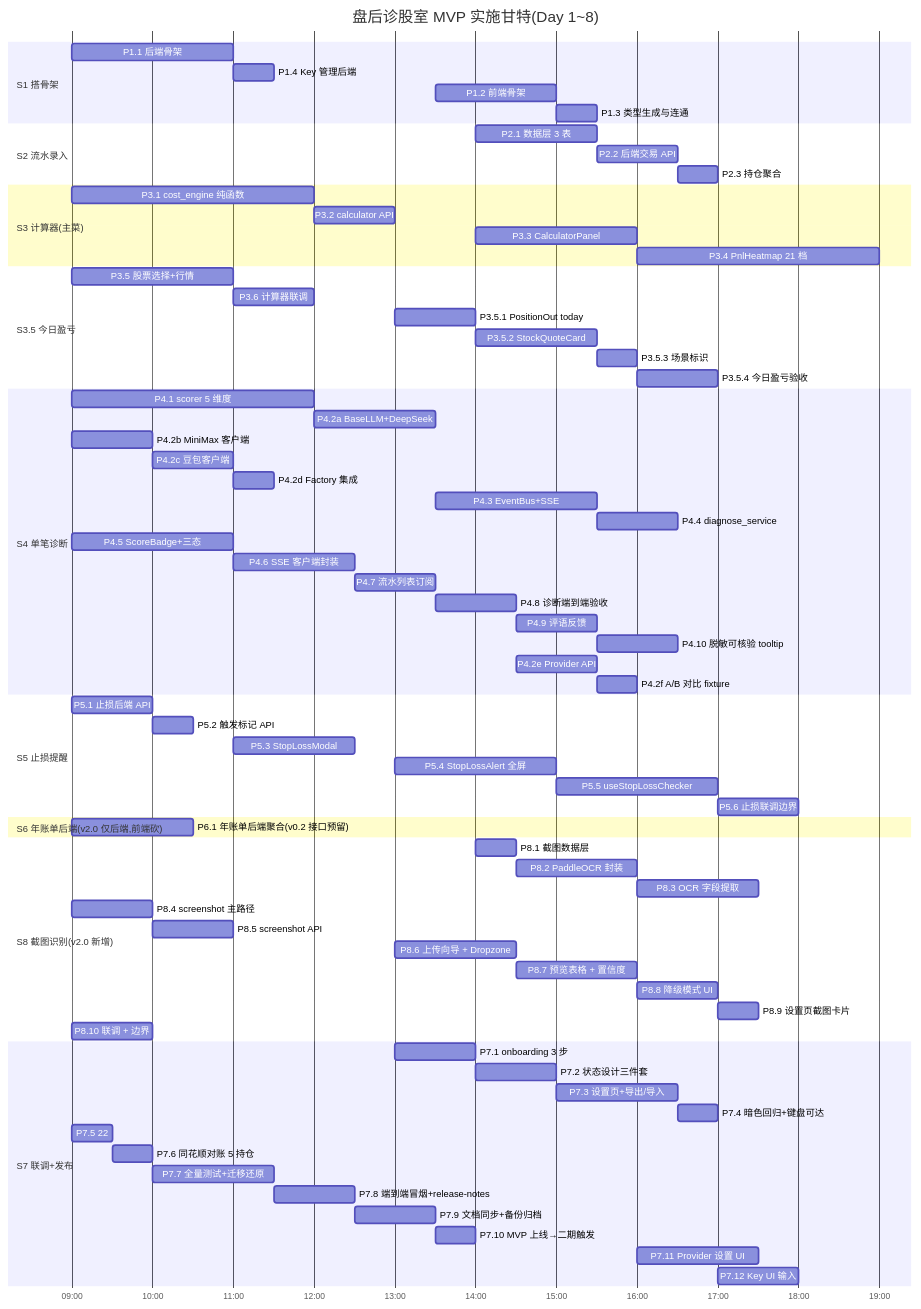
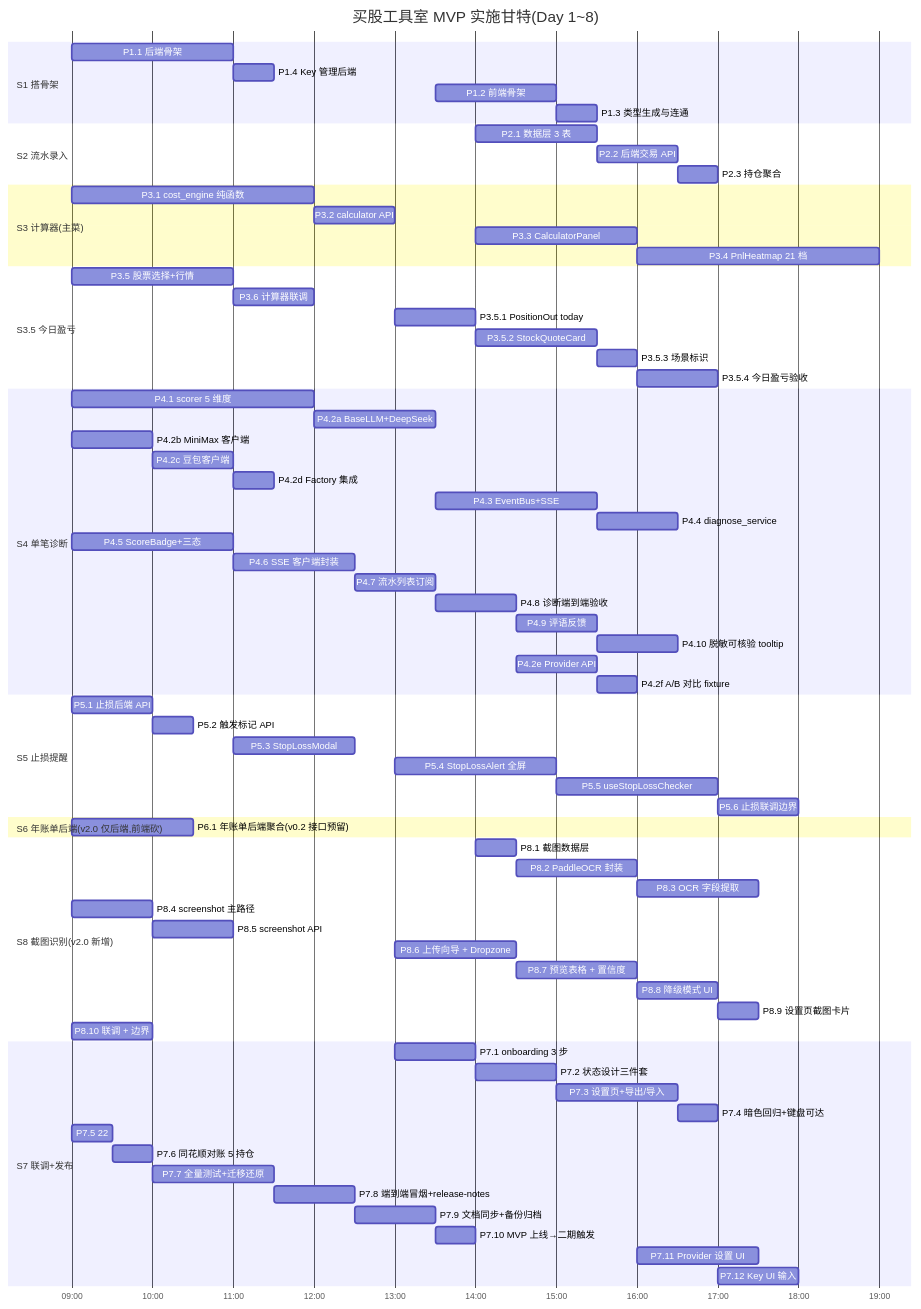
The first of 2 diagrams in plans/development-plan.md (zhangguian/help-rich), drawn with Mermaid before and after one commit. The commit also changed other lines of this file and 47 other files, not shown here.

````diff
--- a/plans/development-plan.md
+++ b/plans/development-plan.md
@@ -38,6 +38,6 @@
 ```mermaid
 gantt
-    title 盘后诊股室 MVP 实施甘特(Day 1~8)
+    title 买股工具室 MVP 实施甘特(Day 1~8)
     dateFormat  HH:mm
     axisFormat  %H:%M
 
````
